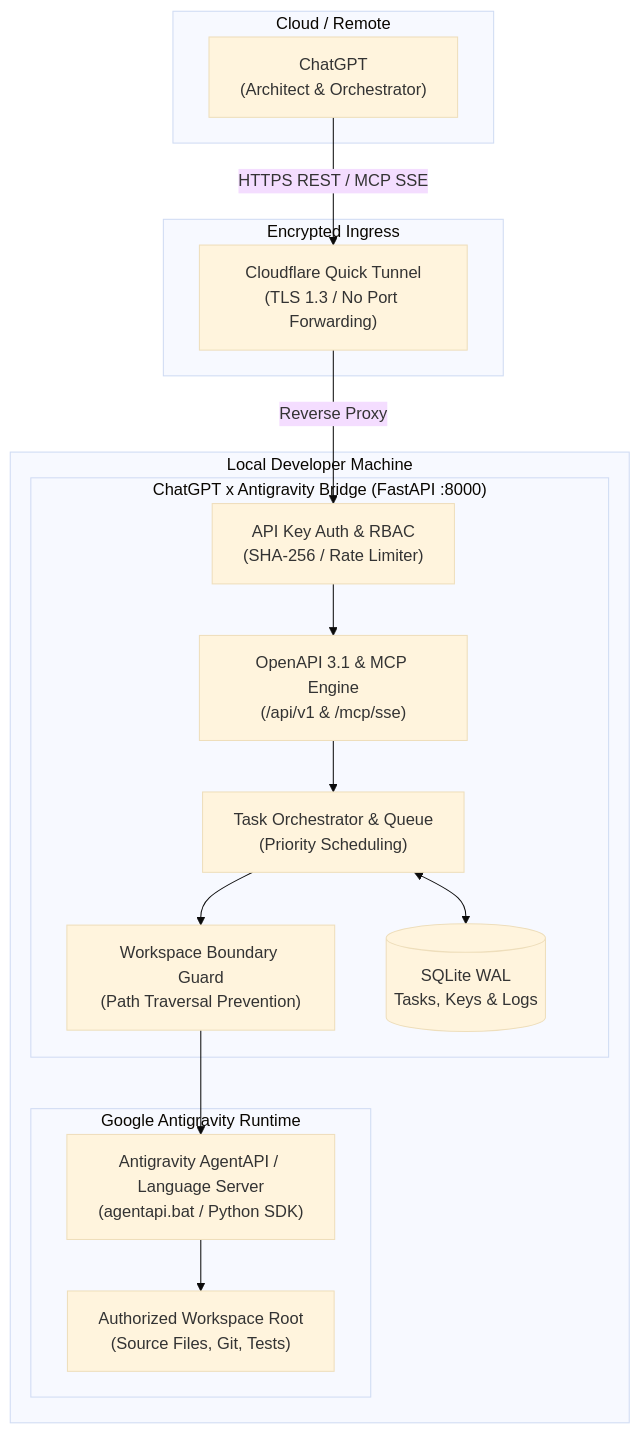
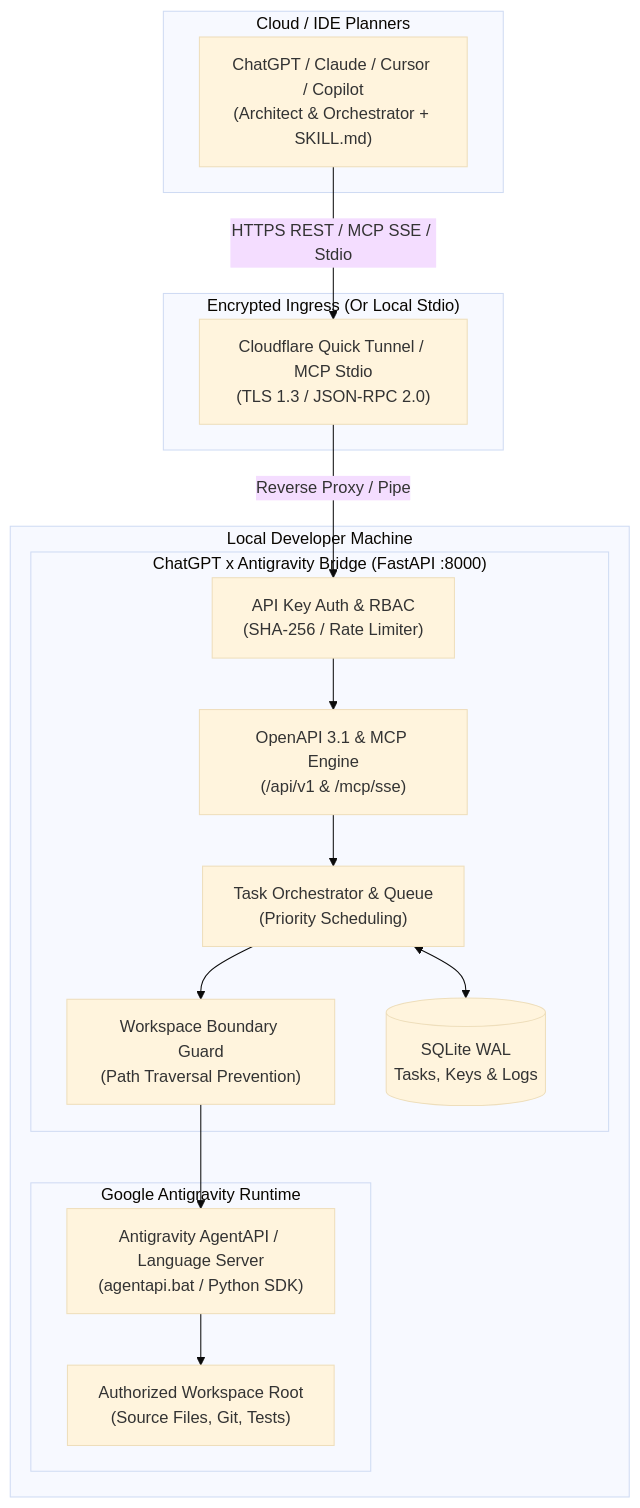
One commit to aiengmohamedtayal-netizen/ChatGPT-Antigravity-Bridge changed the first of 2 diagrams in README.md. Above: the diagram before and after it, drawn with Mermaid (base theme). The commit also changed other lines of this file and 7 other files, not shown here.

````diff
--- a/README.md
+++ b/README.md
@@ -26,34 +90,34 @@
 ```mermaid
 flowchart TD
-    subgraph Remote["Cloud / Remote"]
-        ChatGPT["ChatGPT<br/>(Architect & Orchestrator)"]
+    subgraph Remote["Cloud / IDE Planners"]
+        ChatGPT["ChatGPT / Claude / Cursor / Copilot<br/>(Architect & Orchestrator + SKILL.md)"]
     end
 
-    subgraph Tunnel["Encrypted Ingress"]
-        CF["Cloudflare Quick Tunnel<br/>(TLS 1.3 / No Port Forwarding)"]
+    subgraph Tunnel["Encrypted Ingress (Or Local Stdio)"]
+        CF["Cloudflare Quick Tunnel / MCP Stdio<br/>(TLS 1.3 / JSON-RPC 2.0)"]
     end
 
     subgraph LocalMachine["Local Developer Machine"]
         subgraph BridgeCore["ChatGPT x Antigravity Bridge (FastAPI :8000)"]
             Auth["API Key Auth & RBAC<br/>(SHA-256 / Rate Limiter)"]
             Router["OpenAPI 3.1 & MCP Engine<br/>(/api/v1 & /mcp/sse)"]
             Orchestrator["Task Orchestrator & Queue<br/>(Priority Scheduling)"]
             Boundary["Workspace Boundary Guard<br/>(Path Traversal Prevention)"]
             DB[(SQLite WAL<br/>Tasks, Keys & Logs)]
         end
 
         subgraph LocalAgent["Google Antigravity Runtime"]
             AgentAPI["Antigravity AgentAPI / Language Server<br/>(agentapi.bat / Python SDK)"]
             Workspace["Authorized Workspace Root<br/>(Source Files, Git, Tests)"]
         end
     end
 
-    ChatGPT -->|"HTTPS REST / MCP SSE"| CF
-    CF -->|"Reverse Proxy"| Auth
+    ChatGPT -->|"HTTPS REST / MCP SSE / Stdio"| CF
+    CF -->|"Reverse Proxy / Pipe"| Auth
     Auth --> Router
     Router --> Orchestrator
     Orchestrator --> Boundary
     Boundary --> AgentAPI
     AgentAPI --> Workspace
     Orchestrator <--> DB
 ```
````
